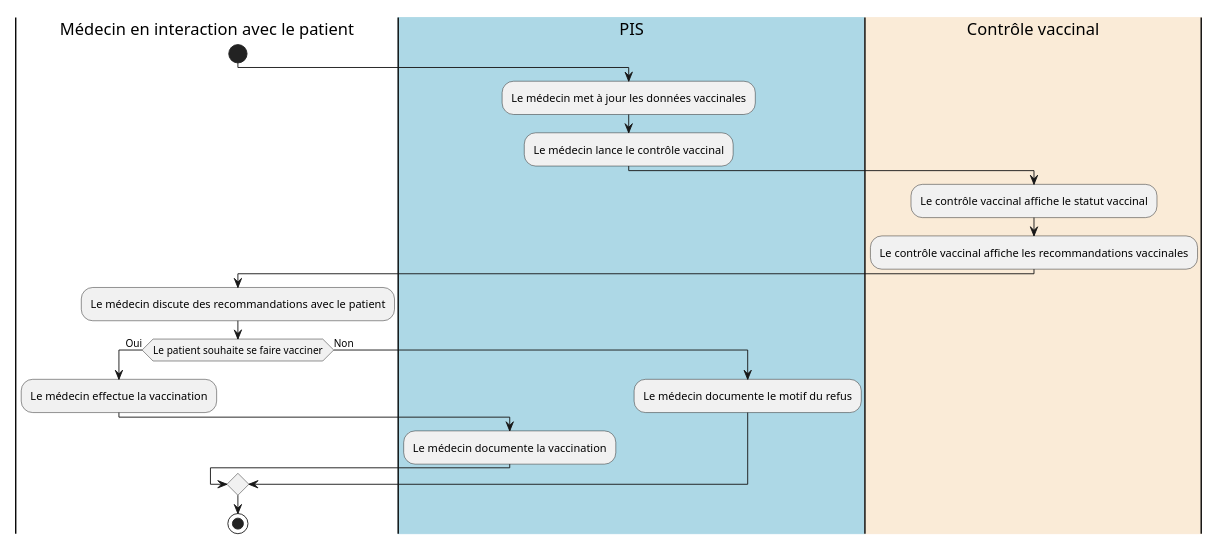
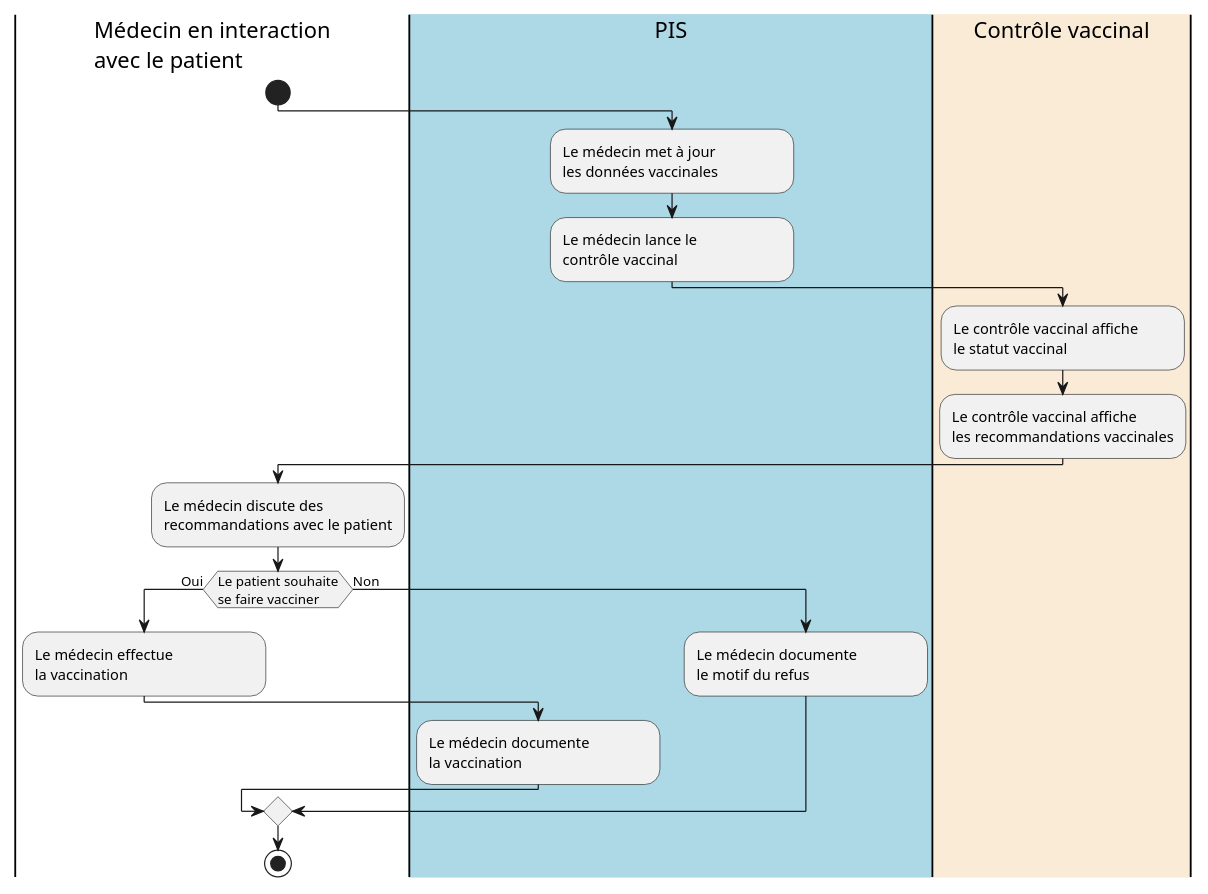
Before and after one commit to hl7ch/ch-vacd: the diagram in input/images-source/use-case-14-impfcheck-arzt-fr.plantuml, drawn with PlantUML. The commit also changed 3 other files, not shown here.

Commit message:
genderize the diagrams (#379)

```diff
--- a/input/images-source/use-case-14-impfcheck-arzt-fr.plantuml
+++ b/input/images-source/use-case-14-impfcheck-arzt-fr.plantuml
@@ -1,32 +1,32 @@
 @startuml
 scale max 800 width
 <style>
 element {MinimumWidth 200}
 </style>
 
-|Médecin en interaction avec le patient|
+|Médecin en interaction\navec le patient|
 start
 |#LightBlue|PIS|
-:Le médecin met à jour les données vaccinales;
-:Le médecin lance le contrôle vaccinal;
+:Le médecin met à jour\nles données vaccinales;
+:Le médecin lance le\ncontrôle vaccinal;
 
 |#AntiqueWhite|Contrôle vaccinal|
-:Le contrôle vaccinal affiche le statut vaccinal;
-:Le contrôle vaccinal affiche les recommandations vaccinales;
+:Le contrôle vaccinal affiche\nle statut vaccinal;
+:Le contrôle vaccinal affiche\nles recommandations vaccinales;
 
-|Médecin en interaction avec le patient|
-:Le médecin discute des recommandations avec le patient;
-if (Le patient souhaite se faire vacciner) then (Oui)
-  :Le médecin effectue la vaccination;
+|Médecin en interaction\navec le patient|
+:Le médecin discute des\nrecommandations avec le patient;
+if (Le patient souhaite\nse faire vacciner) then (Oui)
+  :Le médecin effectue\nla vaccination;
   |#LightBlue|PIS|
-  :Le médecin documente la vaccination;
-  |Médecin en interaction avec le patient|
+  :Le médecin documente\nla vaccination;
+  |Médecin en interaction\navec le patient|
 else (Non)
   |PIS|
-  :Le médecin documente le motif du refus;
-  |Médecin en interaction avec le patient|
+  :Le médecin documente\nle motif du refus;
+  |Médecin en interaction\navec le patient|
 endif
 
 stop
 
 @enduml
```
